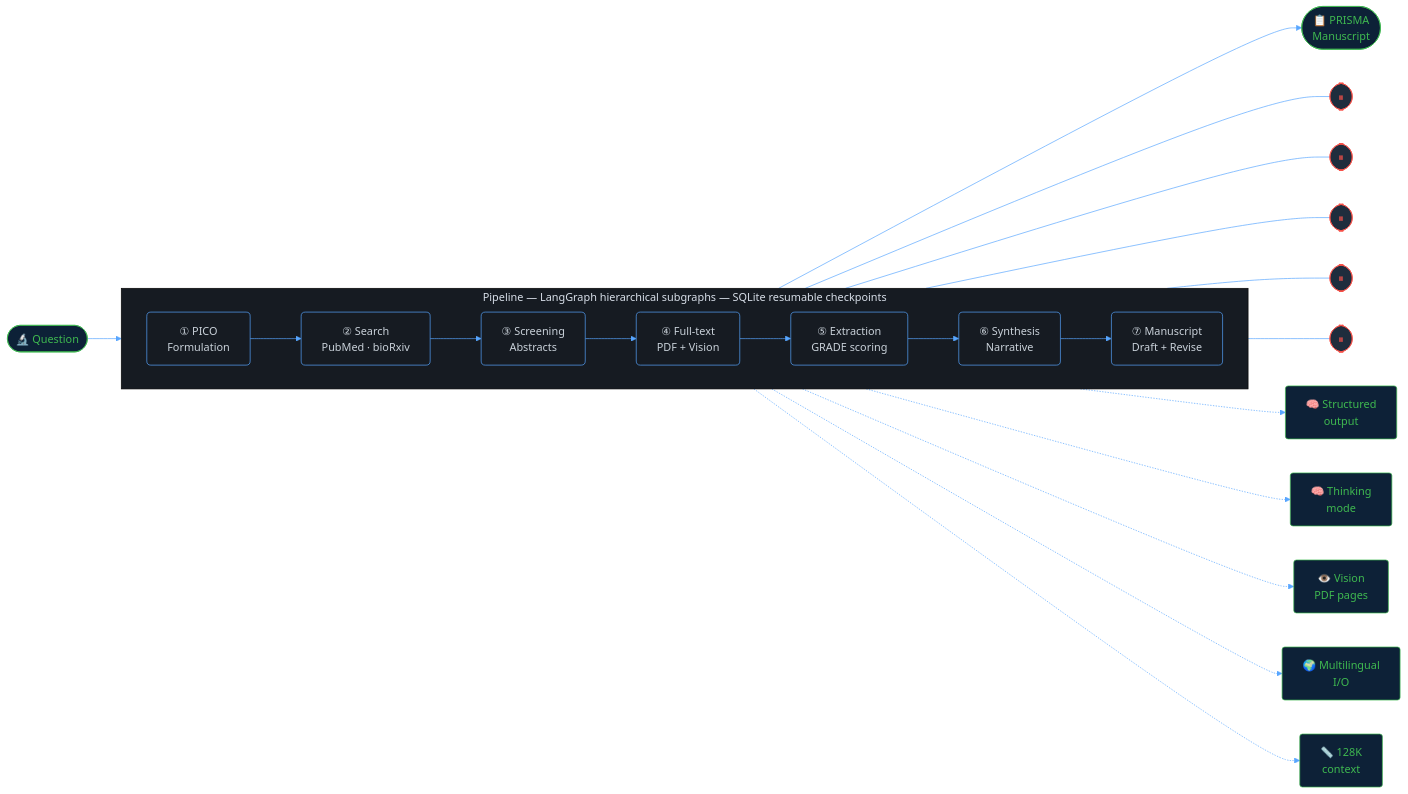
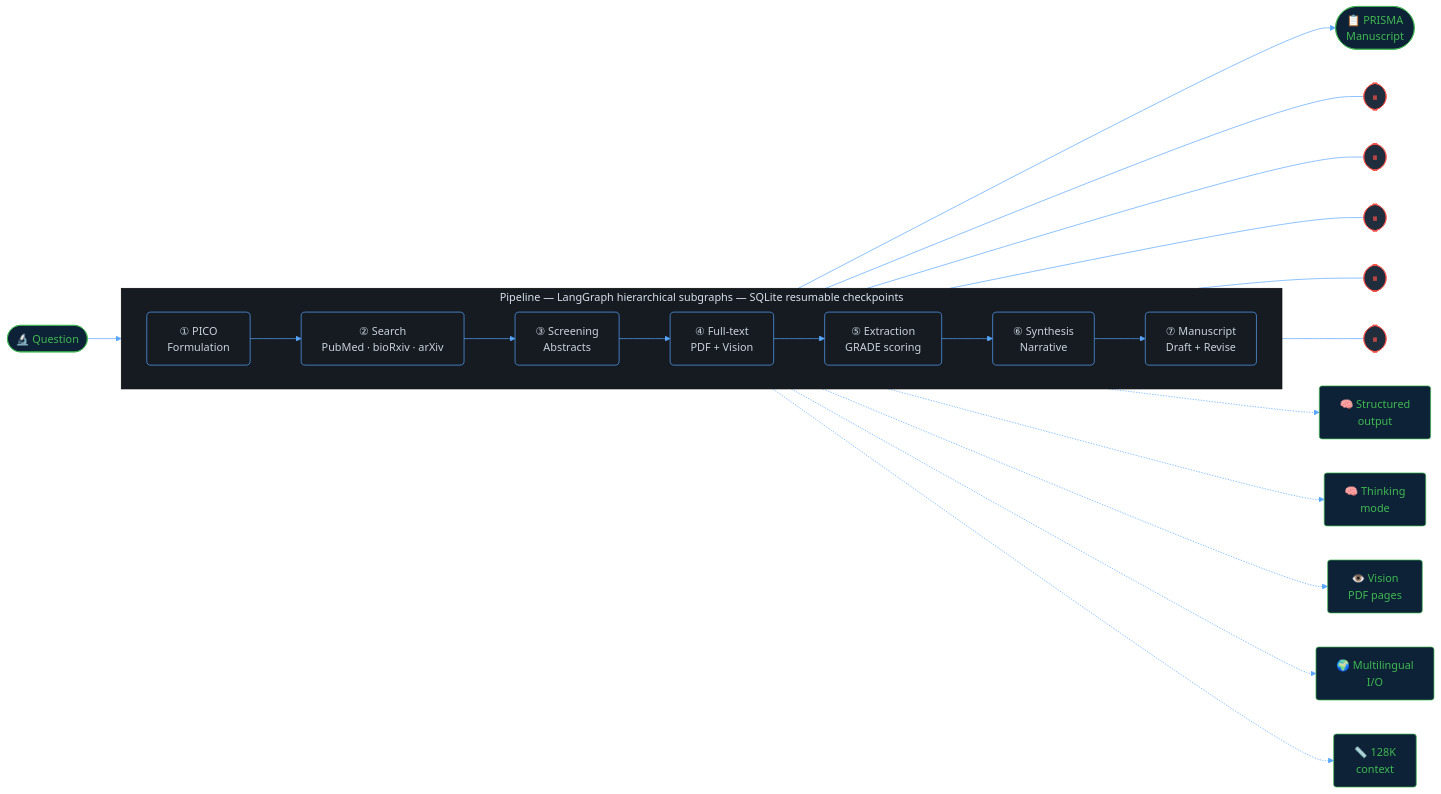
One commit to LanGuo/SLR-agent changed the second of 4 diagrams in docs/diagrams.md. Above: the diagram before and after it, drawn with Mermaid. The commit also changed other lines of this file and 2 other files, not shown here.

Commit message:
docs: update README, architecture, and diagrams for LLM caching, citation network, and arXiv

````diff
--- a/docs/diagrams.md
+++ b/docs/diagrams.md
@@ -131,64 +135,64 @@
 ```mermaid
 %%{init: {"theme": "base", "themeVariables": {
   "primaryColor": "#0d1117",
   "primaryTextColor": "#c9d1d9",
   "primaryBorderColor": "#30363d",
   "lineColor": "#58a6ff",
   "background": "#0d1117",
   "mainBkg": "#161b22",
   "clusterBkg": "#161b22",
   "fontFamily": "ui-monospace, monospace"
 }}}%%
 
 flowchart LR
     Q(["🔬 Question"])
 
     subgraph P["Pipeline  —  LangGraph hierarchical subgraphs  —  SQLite resumable checkpoints"]
         direction LR
         S1["① PICO\nFormulation"]
-        S2["② Search\nPubMed · bioRxiv"]
+        S2["② Search\nPubMed · bioRxiv · arXiv"]
         S3["③ Screening\nAbstracts"]
         S4["④ Full-text\nPDF + Vision"]
         S5["⑤ Extraction\nGRADE scoring"]
         S6["⑥ Synthesis\nNarrative"]
         S7["⑦ Manuscript\nDraft + Revise"]
     end
 
     OUT(["📋 PRISMA\nManuscript"])
 
     Q --> S1 --> S2 --> S3 --> S4 --> S5 --> S6 --> S7 --> OUT
 
     %% HITL gates
     H1(["⏸"])
     H2(["⏸"])
     H3(["⏸"])
     H5(["⏸"])
     H7(["⏸"])
     S1 --- H1
     S2 --- H2
     S3 --- H3
     S5 --- H5
     S7 --- H7
 
     %% Gemma 4 features
     F1["🧠 Structured\noutput"]
     F2["🧠 Thinking\nmode"]
     F3["👁️ Vision\nPDF pages"]
     F4["🌍 Multilingual\nI/O"]
     F5["📏 128K\ncontext"]
 
     S1 -.-> F1
     S3 -.-> F2
     S4 -.-> F3
     S1 -.-> F4
     S4 -.-> F5
 
     classDef stage fill:#161b22,stroke:#58a6ff,color:#c9d1d9,rx:6
     classDef gate fill:#1f2d3d,stroke:#f85149,color:#f85149,rx:12
     classDef feat fill:#0d2137,stroke:#3fb950,color:#3fb950,rx:4
     classDef io fill:#0d2137,stroke:#3fb950,color:#3fb950
     class S1,S2,S3,S4,S5,S6,S7 stage
     class H1,H2,H3,H5,H7 gate
     class F1,F2,F3,F4,F5 feat
     class Q,OUT io
 ```
````
